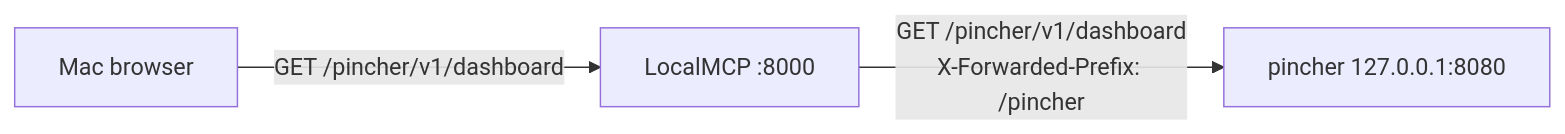
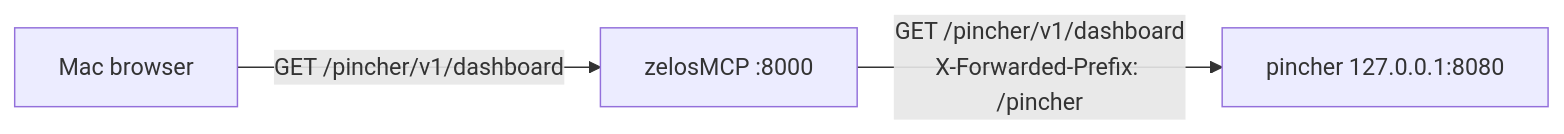
Before and after one commit to kmechlin/zelosmcp: the diagram in docs/reverse-proxy.md, drawn with Mermaid. The commit also changed other lines of this file and 52 other files, not shown here.

````diff
--- a/docs/reverse-proxy.md
+++ b/docs/reverse-proxy.md
@@ -7,8 +7,8 @@
 ```mermaid
 flowchart LR
   client["Mac browser"]
-  localmcp["LocalMCP :8000"]
+  zelosmcp["zelosMCP :8000"]
   pincher["pincher 127.0.0.1:8080"]
-  client -->|"GET /pincher/v1/dashboard"| localmcp
-  localmcp -->|"GET /pincher/v1/dashboard\nX-Forwarded-Prefix: /pincher"| pincher
+  client -->|"GET /pincher/v1/dashboard"| zelosmcp
+  zelosmcp -->|"GET /pincher/v1/dashboard\nX-Forwarded-Prefix: /pincher"| pincher
 ```
````
